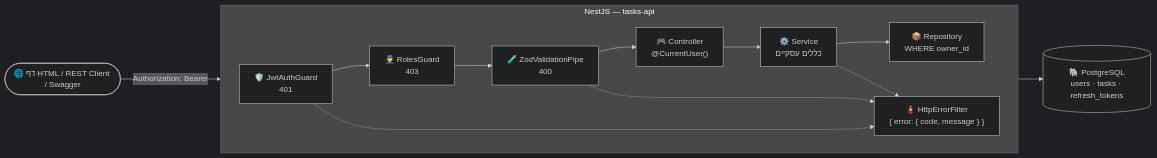
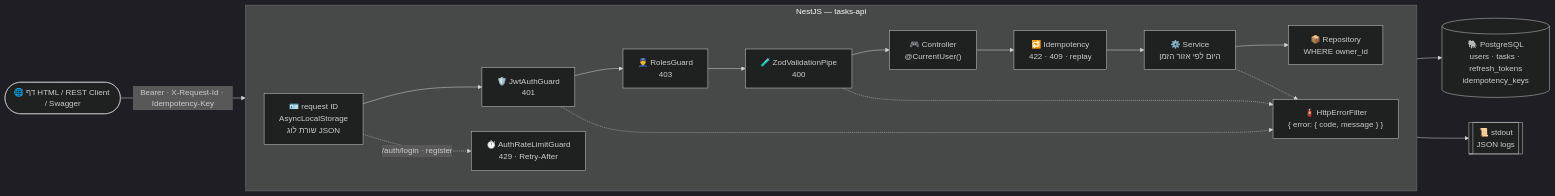
The third of 4 diagrams in README.md (yeudaba/backend-course-he), drawn with Mermaid (dark theme) before and after one commit. The commit also changed other lines of this file and 2 other files, not shown here.

````diff
--- a/README.md
+++ b/README.md
@@ -241,13 +243,16 @@
 ```mermaid
 flowchart LR
-  Client(["🌐 דף HTML / REST Client / Swagger"]) -->|"Authorization: Bearer"| G1
+  Client(["🌐 דף HTML / REST Client / Swagger"]) -->|"Bearer · X-Request-Id · Idempotency-Key"| M
   subgraph Nest["NestJS — tasks-api"]
     direction LR
-    G1["🛡️ JwtAuthGuard<br/>401"] --> G2["👮 RolesGuard<br/>403"] --> P["🧪 ZodValidationPipe<br/>400"] --> C["🎮 Controller<br/>@CurrentUser()"] --> S["⚙️ Service<br/>כללים עסקיים"] --> R["📦 Repository<br/>WHERE owner_id"]
+    M["🪪 request ID<br/>AsyncLocalStorage<br/>שורת לוג JSON"] --> G1["🛡️ JwtAuthGuard<br/>401"] --> G2["👮 RolesGuard<br/>403"] --> P["🧪 ZodValidationPipe<br/>400"] --> C["🎮 Controller<br/>@CurrentUser()"] --> I["🔁 Idempotency<br/>422 · 409 · replay"] --> S["⚙️ Service<br/>היום לפי אזור הזמן"] --> R["📦 Repository<br/>WHERE owner_id"]
+    RL["⏱️ AuthRateLimitGuard<br/>429 · Retry-After"]
     F["🧯 HttpErrorFilter<br/>{ error: { code, message } }"]
   end
-  R --> DB[("🐘 PostgreSQL<br/>users · tasks · refresh_tokens")]
+  M -.->|"/auth/login · register"| RL
+  R --> DB[("🐘 PostgreSQL<br/>users · tasks · refresh_tokens<br/>idempotency_keys")]
+  M --> LOG[["📜 stdout<br/>JSON logs"]]
   G1 -.-> F
   P -.-> F
   S -.-> F
 ```
````
